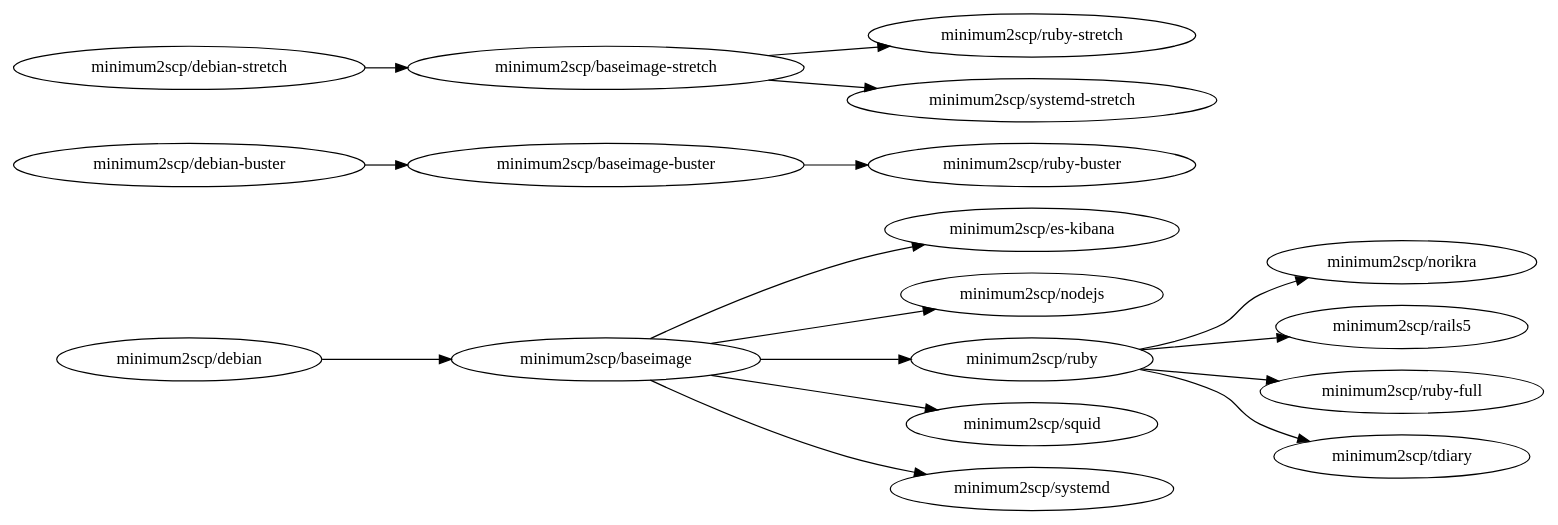
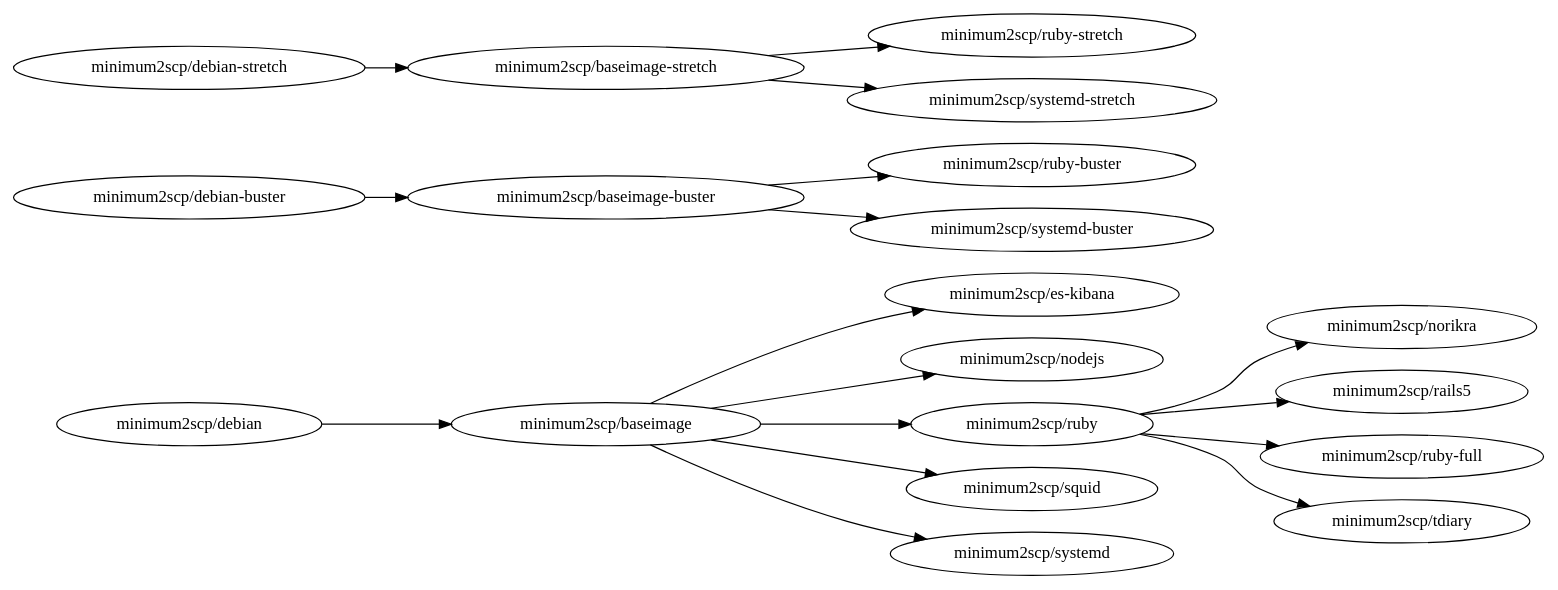
Before and after one commit to minimum2scp/dockerfiles: the diagram in deps.dot, drawn with Graphviz. The commit also changed 5 other files, not shown here.

Commit message:
Added systemd-buster image

```diff
--- a/deps.dot
+++ b/deps.dot
@@ -1,35 +1,36 @@
 digraph deps {
   graph        [rankdir = "LR"];
   ratio = auto;
 
 
   baseimage         [label = "minimum2scp/baseimage"];
   baseimage_buster  [label = "minimum2scp/baseimage-buster "];
   baseimage_stretch [label = "minimum2scp/baseimage-stretch"];
   debian            [label = "minimum2scp/debian"];
   debian_buster     [label = "minimum2scp/debian-buster "];
   debian_stretch    [label = "minimum2scp/debian-stretch"];
   es_kibana         [label = "minimum2scp/es-kibana"];
   nodejs            [label = "minimum2scp/nodejs"];
   norikra           [label = "minimum2scp/norikra"];
   rails5            [label = "minimum2scp/rails5"];
   ruby              [label = "minimum2scp/ruby"];
   ruby_buster       [label = "minimum2scp/ruby-buster "];
   ruby_full         [label = "minimum2scp/ruby-full"];
   ruby_stretch      [label = "minimum2scp/ruby-stretch"];
   squid             [label = "minimum2scp/squid"];
   systemd           [label = "minimum2scp/systemd"];
+  systemd_buster    [label = "minimum2scp/systemd-buster"];
   systemd_stretch   [label = "minimum2scp/systemd-stretch"];
   tdiary            [label = "minimum2scp/tdiary"];
 
   debian    -> baseimage;
   baseimage -> {es_kibana, nodejs, ruby, squid, systemd};
   ruby      -> {norikra, rails5, ruby_full, tdiary};
 
   debian_buster -> baseimage_buster;
-  baseimage_buster -> ruby_buster;
+  baseimage_buster -> {ruby_buster, systemd_buster};
 
   debian_stretch   -> baseimage_stretch;
   baseimage_stretch -> {systemd_stretch, ruby_stretch};
 
 }
```
